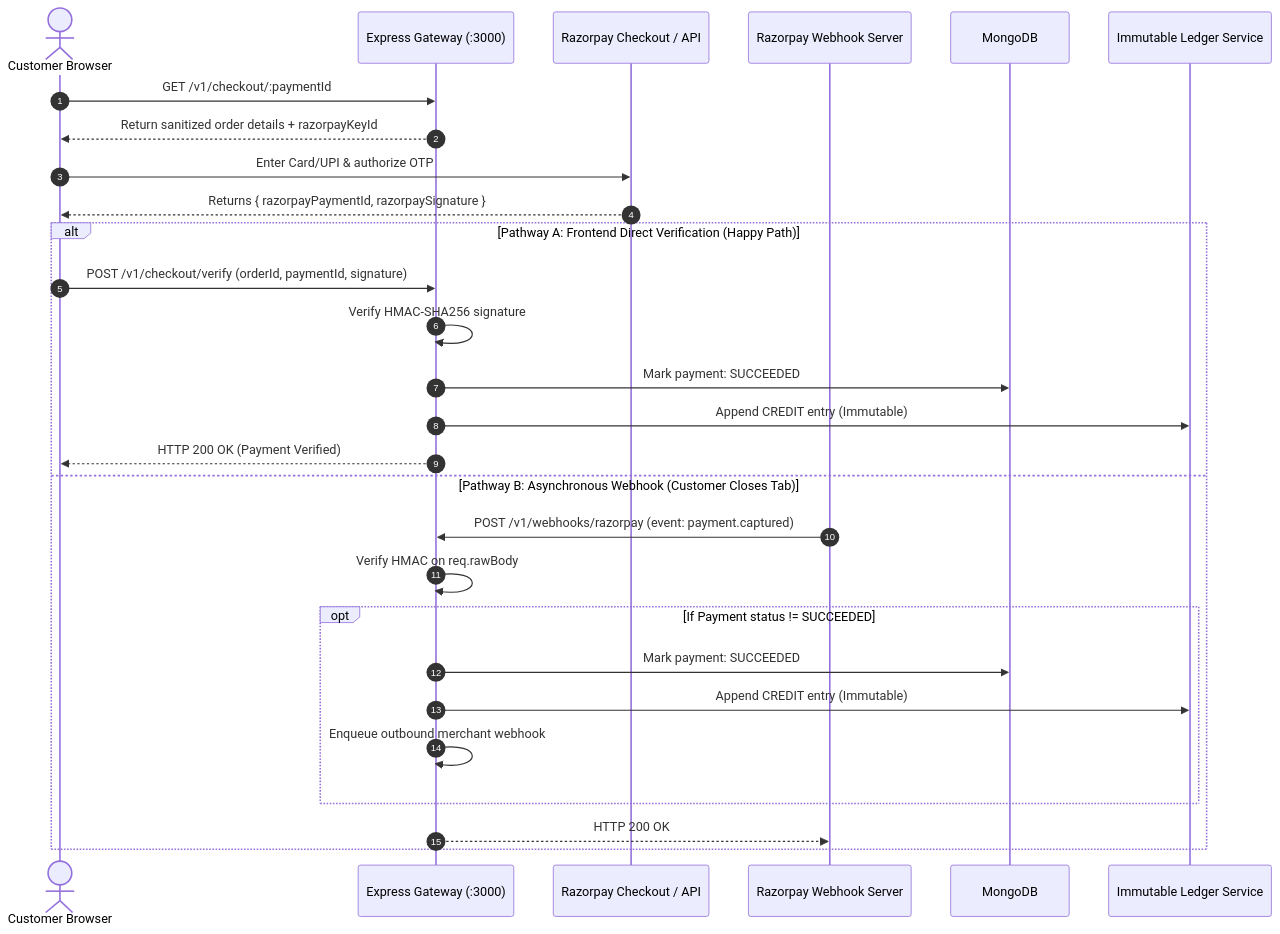
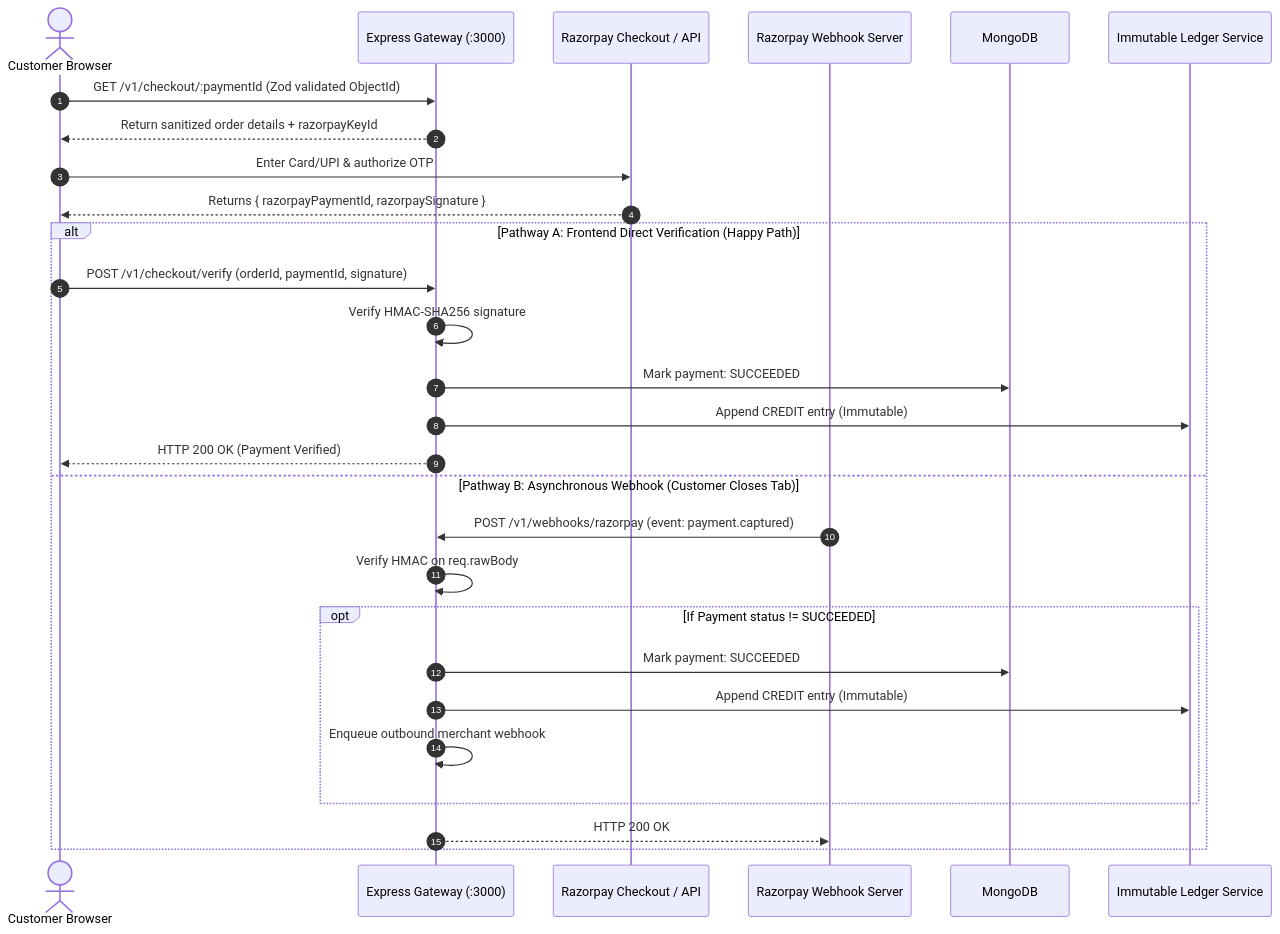
One commit to buildwithrishabh/Event-Driven-Payment-Gateway changed the second of 2 diagrams in ARCHITECTURE.md. Above: the diagram before and after it, drawn with Mermaid. The commit also changed other lines of this file and 4 other files, not shown here.

Commit message:
docs: update README, ARCHITECTURE, and tests documentation for SSRF, Zod validation, and terminal retries

````diff
--- a/ARCHITECTURE.md
+++ b/ARCHITECTURE.md
@@ -140,32 +153,32 @@
 ```mermaid
 sequenceDiagram
     autonumber
     actor Customer as Customer Browser
     participant Gateway as Express Gateway (:3000)
     participant Razorpay as Razorpay Checkout / API
     participant RazorpayHook as Razorpay Webhook Server
     participant Mongo as MongoDB
     participant Ledger as Immutable Ledger Service
 
-    Customer->>Gateway: GET /v1/checkout/:paymentId
+    Customer->>Gateway: GET /v1/checkout/:paymentId (Zod validated ObjectId)
     Gateway-->>Customer: Return sanitized order details + razorpayKeyId
     Customer->>Razorpay: Enter Card/UPI & authorize OTP
     Razorpay-->>Customer: Returns { razorpayPaymentId, razorpaySignature }
 
     alt Pathway A: Frontend Direct Verification (Happy Path)
         Customer->>Gateway: POST /v1/checkout/verify (orderId, paymentId, signature)
         Gateway->>Gateway: Verify HMAC-SHA256 signature
         Gateway->>Mongo: Mark payment: SUCCEEDED
         Gateway->>Ledger: Append CREDIT entry (Immutable)
         Gateway-->>Customer: HTTP 200 OK (Payment Verified)
     else Pathway B: Asynchronous Webhook (Customer Closes Tab)
         RazorpayHook->>Gateway: POST /v1/webhooks/razorpay (event: payment.captured)
         Gateway->>Gateway: Verify HMAC on req.rawBody
         opt If Payment status != SUCCEEDED
             Gateway->>Mongo: Mark payment: SUCCEEDED
             Gateway->>Ledger: Append CREDIT entry (Immutable)
             Gateway->>Gateway: Enqueue outbound merchant webhook
         end
         Gateway-->>RazorpayHook: HTTP 200 OK
     end
 ```
````
